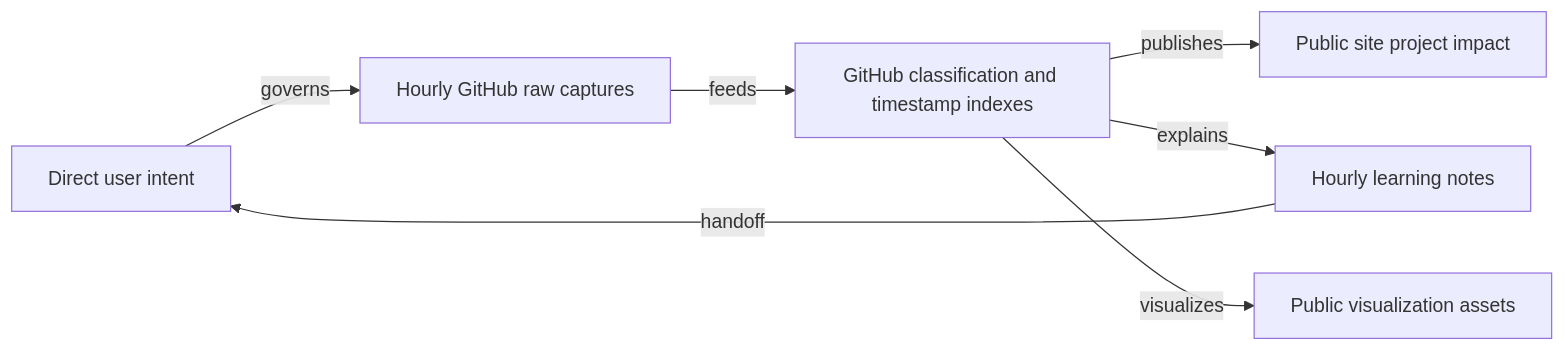
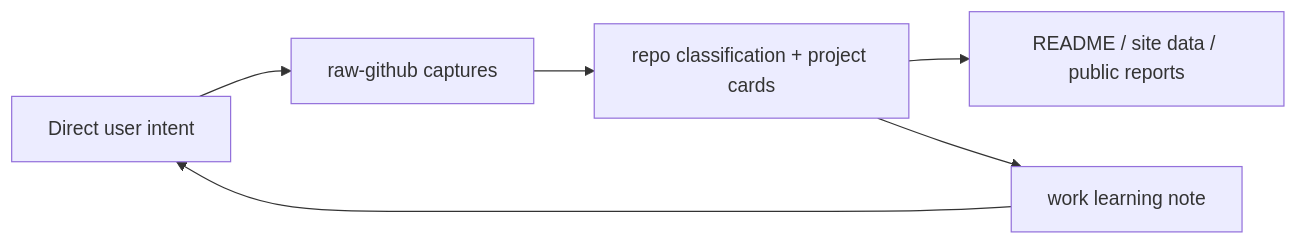
One commit to Shiyao-Huang/awesome-agent-evolution changed the diagram in .mermaid/current/graph.mmd. Above: the diagram before and after it, drawn with Mermaid. The commit also changed 36 other files, not shown here.

Commit message:
analysis: refresh hourly public metadata packet

```diff
--- a/.mermaid/current/graph.mmd
+++ b/.mermaid/current/graph.mmd
@@ -1,13 +1,6 @@
 flowchart LR
-  intent_direct_user_input["Direct user intent"]
-  raw_github_hourly_captures["Hourly GitHub raw captures"]
-  processed_github_classification["GitHub classification and timestamp indexes"]
-  work_learning_notes["Hourly learning notes"]
-  results_public_site["Public site project impact"]
-  results_public_visualizations["Public visualization assets"]
-  intent_direct_user_input -->|governs| raw_github_hourly_captures
-  raw_github_hourly_captures -->|feeds| processed_github_classification
-  processed_github_classification -->|publishes| results_public_site
-  processed_github_classification -->|explains| work_learning_notes
-  work_learning_notes -->|handoff| intent_direct_user_input
-  processed_github_classification -->|visualizes| results_public_visualizations
+  INTENT["Direct user intent"] --> RAW["raw-github captures"]
+  RAW --> PROC["repo classification + project cards"]
+  PROC --> SITE["README / site data / public reports"]
+  PROC --> NOTE["work learning note"]
+  NOTE --> INTENT
```
